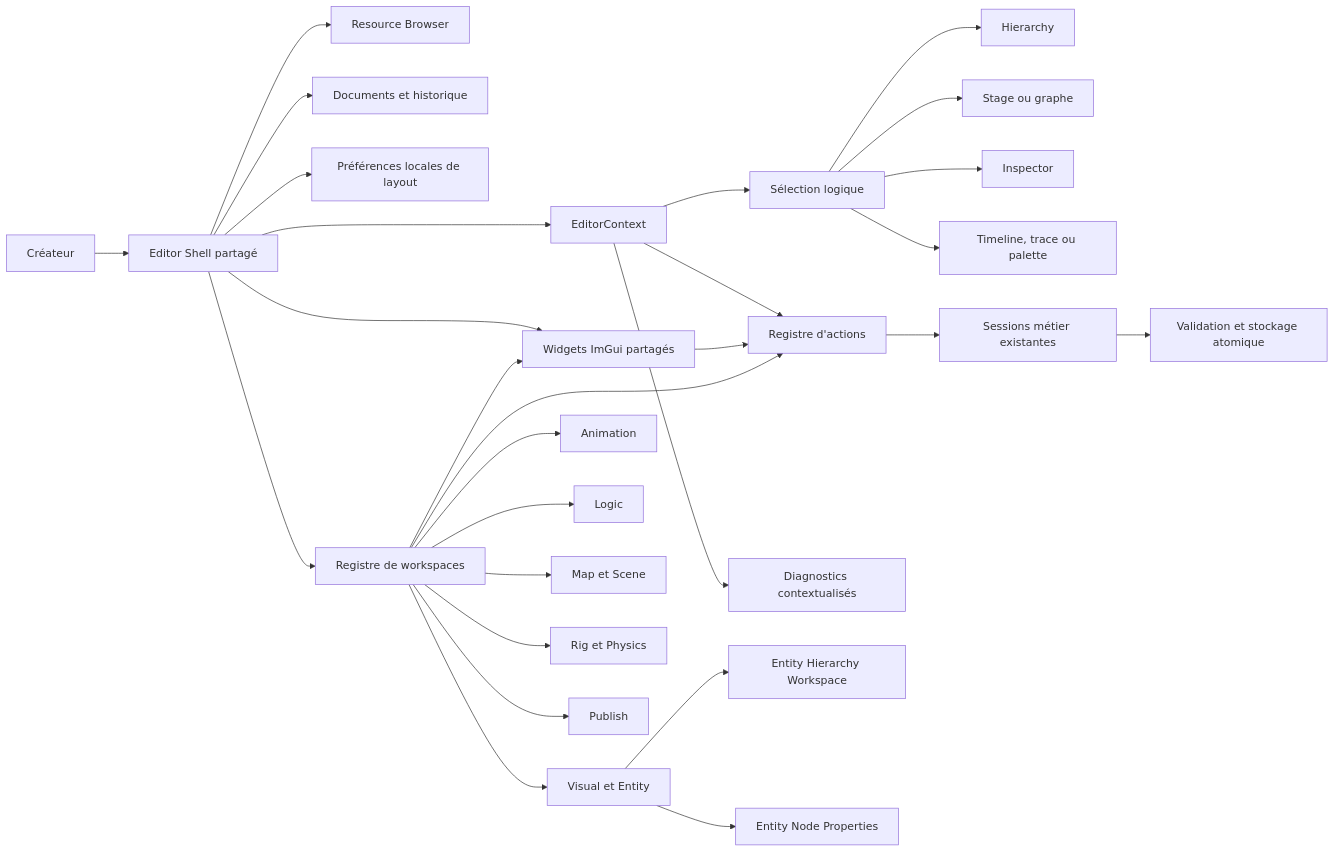
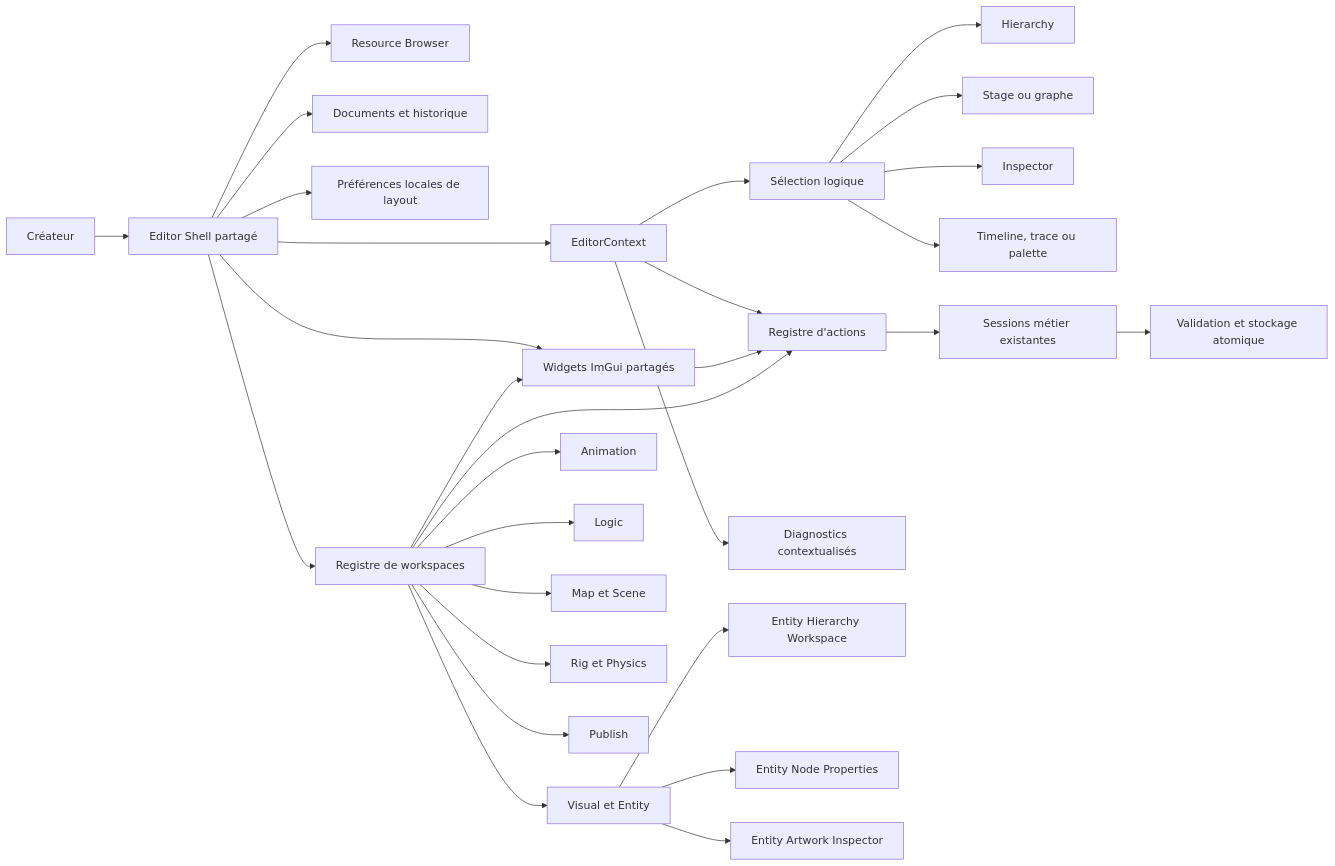
One commit to tristan-monticelli/vertex-loom changed the second of 3 diagrams in docs/architecture/components/studio-ux.md. Above: the diagram before and after it, drawn with Mermaid. The commit also changed other lines of this file and 9 other files, not shown here.

Commit message:
fix(asset-studio): expose entity artwork workflow

````diff
--- a/docs/architecture/components/studio-ux.md
+++ b/docs/architecture/components/studio-ux.md
@@ -153,30 +153,31 @@
 ```mermaid
 flowchart LR
     User[Créateur] --> Shell[Editor Shell partagé]
     Shell --> Browser[Resource Browser]
     Shell --> Tabs[Documents et historique]
     Shell --> Context[EditorContext]
     Shell --> SharedWidgets[Widgets ImGui partagés]
     Shell --> Preferences[Préférences locales de layout]
     Context --> Selection[Sélection logique]
     Context --> Actions[Registre d'actions]
     Context --> Diagnostics[Diagnostics contextualisés]
     Shell --> Workspaces[Registre de workspaces]
     Workspaces --> SharedWidgets
     Workspaces --> Visual[Visual et Entity]
     Visual --> EntityHierarchy[Entity Hierarchy Workspace]
     Visual --> EntityProperties[Entity Node Properties]
+    Visual --> EntityArtwork[Entity Artwork Inspector]
     Workspaces --> Animation[Animation]
     Workspaces --> Logic[Logic]
     Workspaces --> Map[Map et Scene]
     Workspaces --> Rig[Rig et Physics]
     Workspaces --> Publish[Publish]
     Selection --> Hierarchy[Hierarchy]
     Selection --> Stage[Stage ou graphe]
     Selection --> Inspector[Inspector]
     Selection --> TaskDock[Timeline, trace ou palette]
     SharedWidgets --> Actions
     Workspaces --> Actions
     Actions --> Sessions[Sessions métier existantes]
     Sessions --> Storage[Validation et stockage atomique]
 ```
````
